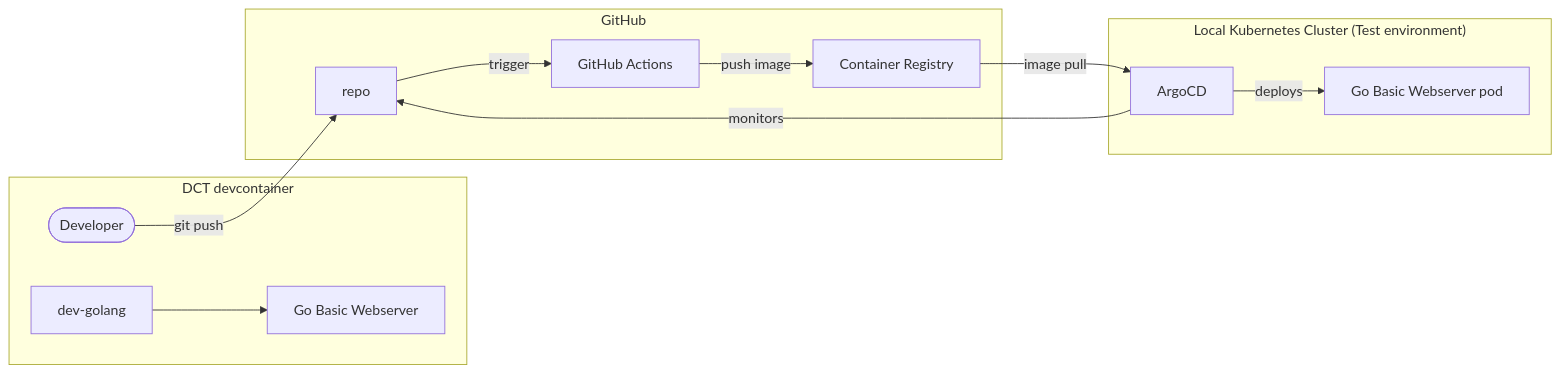
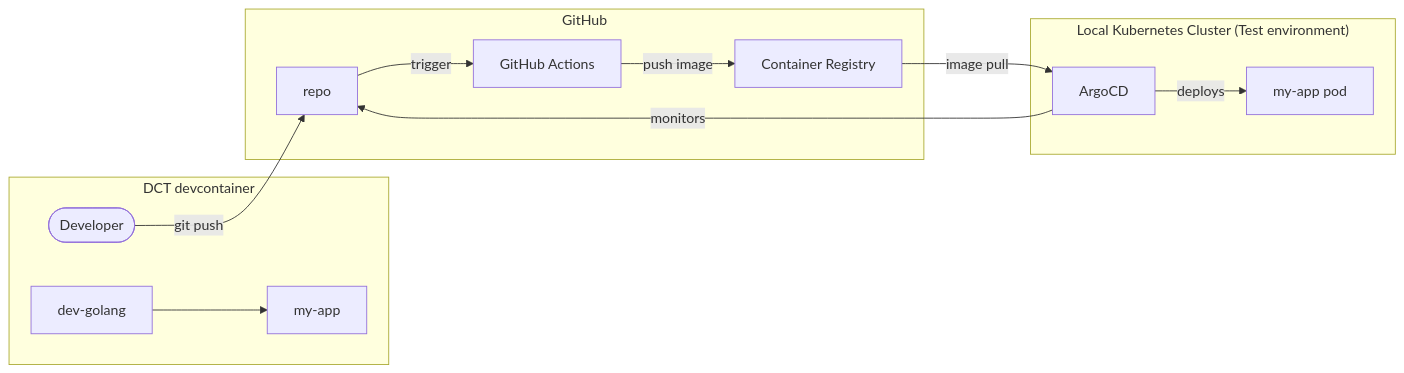
One commit to helpers-no/dev-templates changed the diagram in website/docs/templates/basic-web-server/golang-basic-webserver.mdx. Above: the diagram before and after it, drawn with Mermaid. The commit also changed other lines of this file and 33 other files, not shown here.

First line of the commit message:
Schema cleanup: kill summary, split quickstart, add params/prerequisites/abstracts

````diff
--- a/website/docs/templates/basic-web-server/golang-basic-webserver.mdx
+++ b/website/docs/templates/basic-web-server/golang-basic-webserver.mdx
@@ -43,25 +43,25 @@
 ```mermaid
 flowchart LR
     subgraph dct["DCT devcontainer"]
         dev(["Developer"])
         dev_golang["dev-golang"]
-        app["Go Basic Webserver"]
+        app["my-app"]
     end
     subgraph k8s["Local Kubernetes Cluster (Test environment)"]
         argo["ArgoCD"]
-        pod["Go Basic Webserver pod"]
+        pod["my-app pod"]
     end
     subgraph gh["GitHub"]
         repo["repo"]
         actions["GitHub Actions"]
         ghcr["Container Registry"]
     end
 
     dev_golang --> app
     dev -->|git push| repo
     repo -->|trigger| actions
     actions -->|push image| ghcr
     argo -->|monitors| repo
     ghcr -->|image pull| argo
     argo -->|deploys| pod
 ```
````
